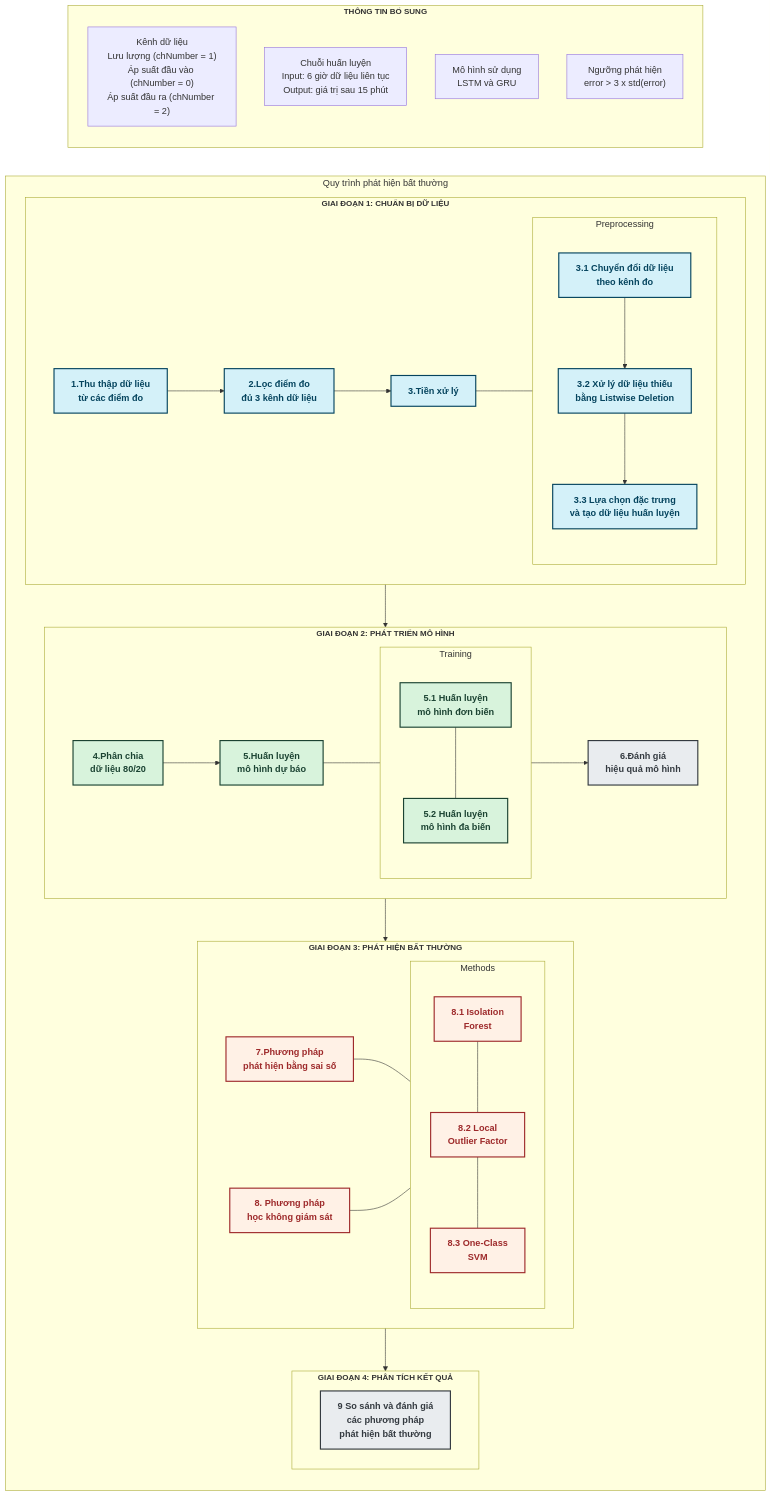
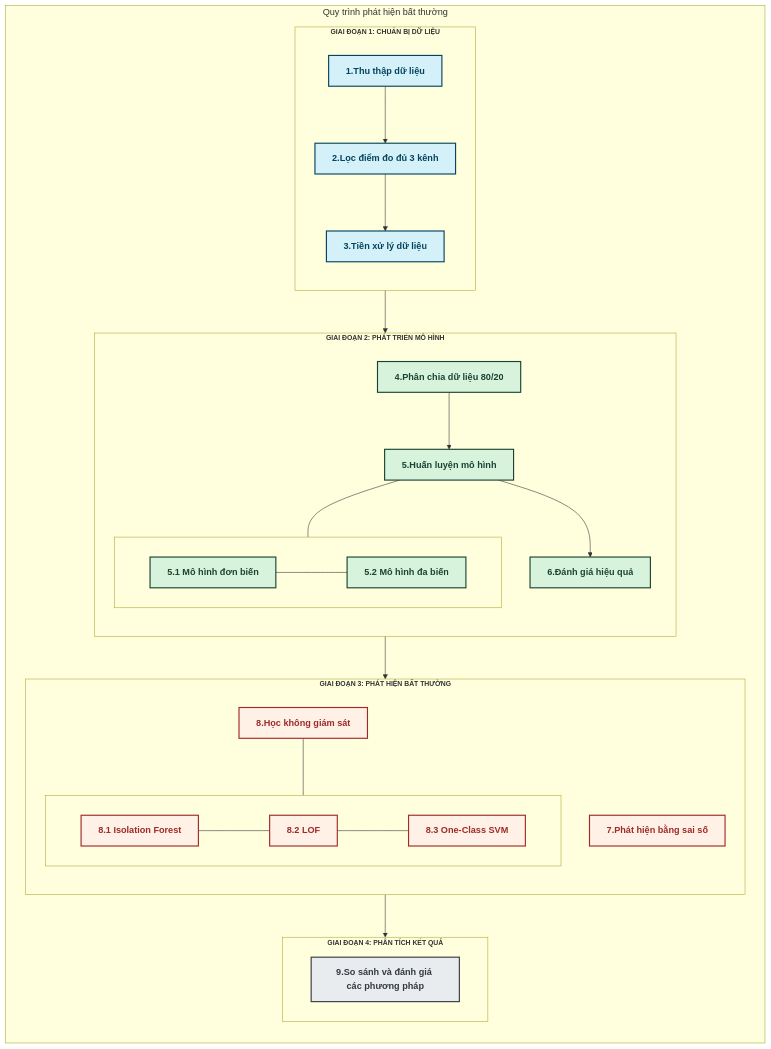
The diagram in memaid_diagram/luoc_do_nghien_cuu_real_data.mmd (boringman21/NghiaPham_ThesisV1), drawn with Mermaid before and after one commit. The commit also changed 15 other files, not shown here.

```diff
--- a/memaid_diagram/luoc_do_nghien_cuu_real_data.mmd
+++ b/memaid_diagram/luoc_do_nghien_cuu_real_data.mmd
@@ -1,101 +1,70 @@
-flowchart LR
+flowchart TB
     classDef dataPrep fill:#d4f1f9,stroke:#05445E,stroke-width:2px,color:#05445E,font-weight:bold
     classDef modelDev fill:#d8f3dc,stroke:#1B4332,stroke-width:2px,color:#1B4332,font-weight:bold
     classDef anomalyAnalysis fill:#fff1e6,stroke:#9E2A2B,stroke-width:2px,color:#9E2A2B,font-weight:bold
     classDef evaluation fill:#e9ecef,stroke:#343a40,stroke-width:2px,color:#343a40,font-weight:bold
-    classDef phaseTitle font-weight:bold,font-size:14px
+    classDef phaseTitle font-weight:bold,font-size:12px
     
     subgraph Process ["Quy trình phát hiện bất thường"]
         direction TB
         
         subgraph DataPrep ["GIAI ĐOẠN 1: CHUẨN BỊ DỮ LIỆU"]
-            direction LR
-            A["1.Thu thập dữ liệu<br>từ các điểm đo"] --> 
-            B["2.Lọc điểm đo<br>đủ 3 kênh dữ liệu"] --> 
-            C["3.Tiền xử lý"]
-            
-            subgraph Preprocessing
-                direction TB
-                C1["3.1 Chuyển đổi dữ liệu<br>theo kênh đo"]
-                C2["3.2 Xử lý dữ liệu thiếu<br>bằng Listwise Deletion"]
-                C3["3.3 Lựa chọn đặc trưng<br>và tạo dữ liệu huấn luyện"]
-                
-                C1 --> C2 --> C3
-            end
-            
-            C --- Preprocessing
+            direction TB
+            A["1.Thu thập dữ liệu"] --> 
+            B["2.Lọc điểm đo đủ 3 kênh"] --> 
+            C["3.Tiền xử lý dữ liệu"]
         end
         
         subgraph ModelDev ["GIAI ĐOẠN 2: PHÁT TRIỂN MÔ HÌNH"]
-            direction LR
-            D["4.Phân chia<br>dữ liệu 80/20"] -->
-            E["5.Huấn luyện<br>mô hình dự báo"]
+            direction TB
+            D["4.Phân chia dữ liệu 80/20"] -->
+            E["5.Huấn luyện mô hình"] -->
+            F["6.Đánh giá hiệu quả"]
             
-            subgraph Training
-                direction TB
-                E1["5.1 Huấn luyện<br>mô hình đơn biến"]
-                E2["5.2 Huấn luyện<br>mô hình đa biến"]
-                
-                E1 --- E2
+            subgraph Training [" "]
+                direction LR
+                E1["5.1 Mô hình đơn biến"] --- E2["5.2 Mô hình đa biến"]
             end
             
-            E --- Training -->
-            F["6.Đánh giá<br>hiệu quả mô hình"]
+            E --- Training
         end
         
         subgraph AnomalyDetection ["GIAI ĐOẠN 3: PHÁT HIỆN BẤT THƯỜNG"]
-            direction LR
-            G["7.Phương pháp<br>phát hiện bằng sai số"]
+            direction TB
+            G["7.Phát hiện bằng sai số"]
+            H["8.Học không giám sát"]
             
-            H["8. Phương pháp<br>học không giám sát"]
-            
-            subgraph Methods
-                direction TB
-                H1["8.1 Isolation<br>Forest"]
-                H2["8.2 Local<br>Outlier Factor"]
-                H3["8.3 One-Class<br>SVM"]
-                
-                H1 --- H2 --- H3
+            subgraph Methods [" "]
+                direction LR
+                H1["8.1 Isolation Forest"] --- H2["8.2 LOF"] --- H3["8.3 One-Class SVM"]
             end
             
-            G & H --- Methods
+            H --- Methods
         end
         
         subgraph ResultAnalysis ["GIAI ĐOẠN 4: PHÂN TÍCH KẾT QUẢ"]
-            I["9 So sánh và đánh giá<br>các phương pháp<br>phát hiện bất thường"]
+            I["9.So sánh và đánh giá các phương pháp"]
         end
     end
     
     DataPrep --> ModelDev --> AnomalyDetection --> ResultAnalysis
     
-    subgraph Details ["THÔNG TIN BỔ SUNG"]
-        direction TB
-        N1["Kênh dữ liệu<br>Lưu lượng (chNumber = 1)<br>Áp suất đầu vào (chNumber = 0)<br>Áp suất đầu ra (chNumber = 2)"]
-        N2["Chuỗi huấn luyện<br>Input: 6 giờ dữ liệu liên tục<br>Output: giá trị sau 15 phút"]
-        N3["Mô hình sử dụng<br>LSTM và GRU"]
-        N4["Ngưỡng phát hiện<br>error > 3 x std(error)"]
-    end
-    
     A:::dataPrep
     B:::dataPrep
     C:::dataPrep
-    C1:::dataPrep
-    C2:::dataPrep
-    C3:::dataPrep
     D:::modelDev
     E:::modelDev
     E1:::modelDev
     E2:::modelDev
-    F:::evaluation
+    F:::modelDev
     G:::anomalyAnalysis
     H:::anomalyAnalysis
     H1:::anomalyAnalysis
     H2:::anomalyAnalysis
     H3:::anomalyAnalysis
     I:::evaluation
     
     DataPrep:::phaseTitle
     ModelDev:::phaseTitle
     AnomalyDetection:::phaseTitle
     ResultAnalysis:::phaseTitle
-    Details:::phaseTitle
```
